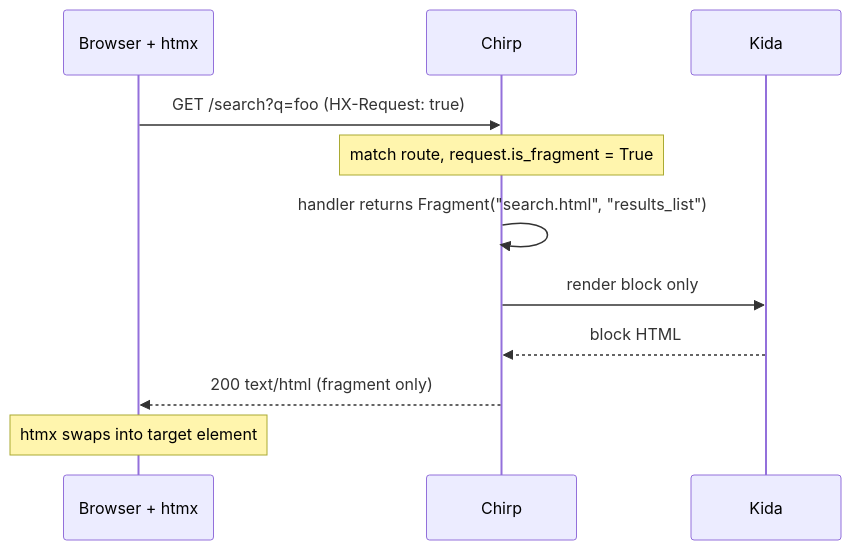
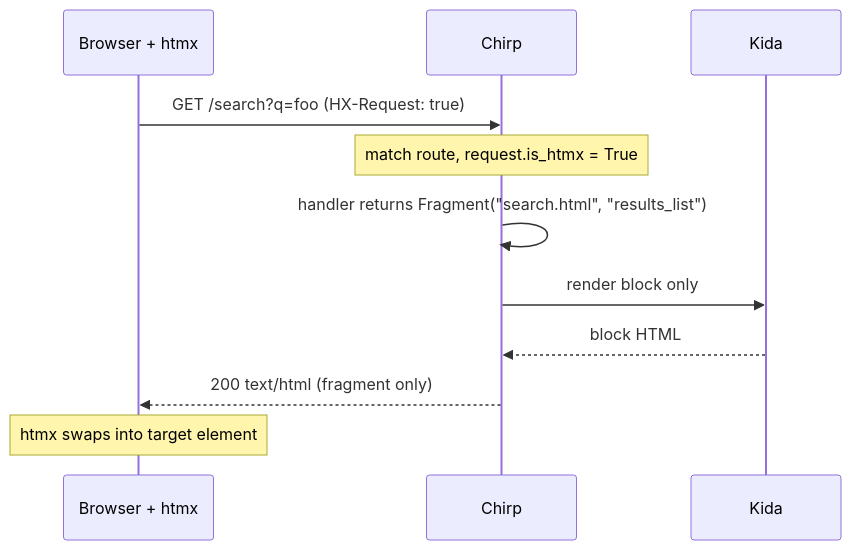
Before and after one commit to lbliii/chirp: the sixth of 9 diagrams in docs/ARD.md, drawn with Mermaid. The commit also changed 25 other files, not shown here.

Commit message:
Harden examples and document htmx request detection

````diff
--- a/docs/ARD.md
+++ b/docs/ARD.md
@@ -357,14 +357,14 @@
 ```mermaid
 sequenceDiagram
     participant Browser as Browser + htmx
     participant Chirp
     participant Kida
 
     Browser->>Chirp: GET /search?q=foo (HX-Request: true)
-    Note over Chirp: match route, request.is_fragment = True
+    Note over Chirp: match route, request.is_htmx = True
     Chirp->>Chirp: handler returns Fragment("search.html", "results_list")
     Chirp->>Kida: render block only
     Kida-->>Chirp: block HTML
     Chirp-->>Browser: 200 text/html (fragment only)
     Note over Browser: htmx swaps into target element
 ```
````
